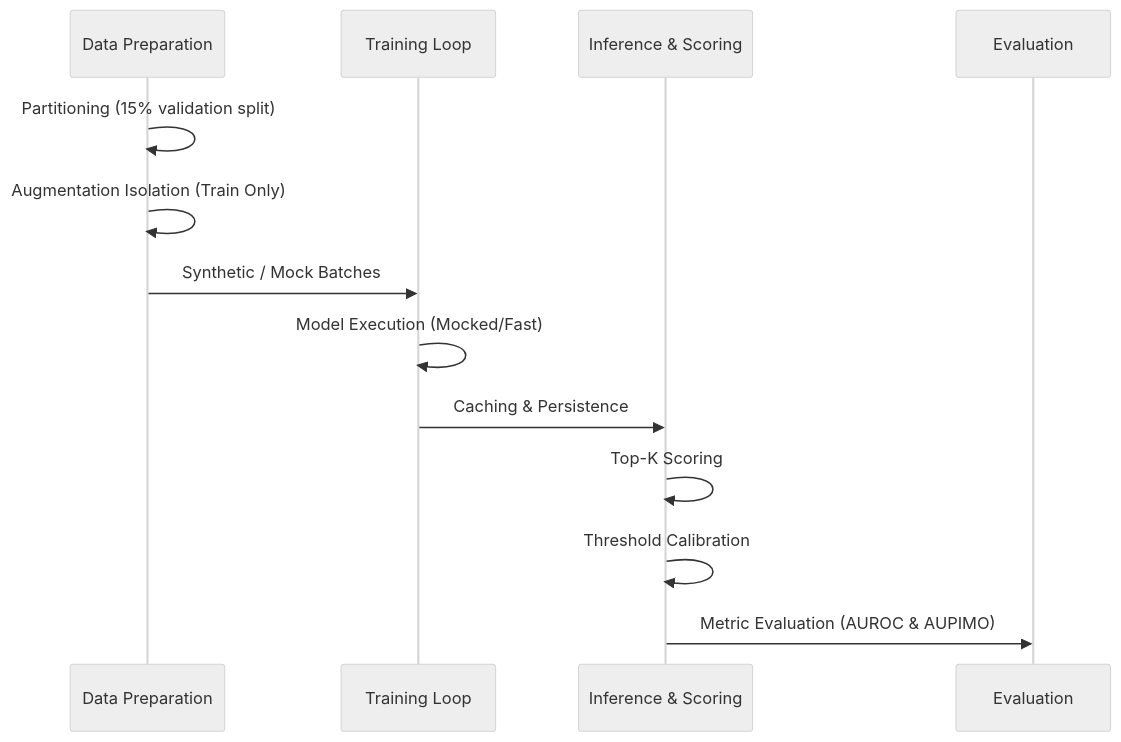
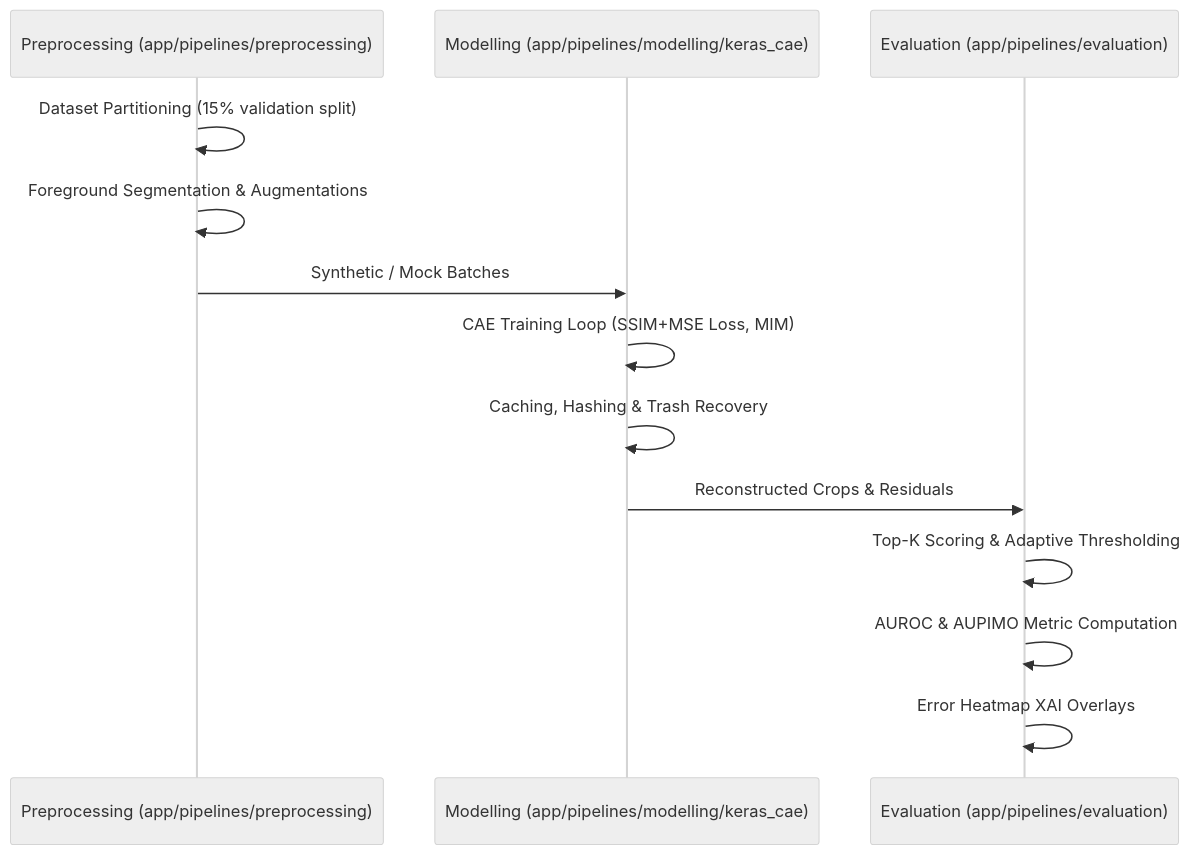
The third of 4 diagrams in tests/README.md (foersben/industrial-component-anomaly-detection), drawn with Mermaid (neutral theme) before and after one commit. The commit also changed other lines of this file and 5 other files, not shown here.

Commit message:
refactor: refine package exports, remove install.sh, and update test documentation diagrams

````diff
--- a/tests/README.md
+++ b/tests/README.md
@@ -74,16 +75,16 @@
 ```mermaid
 sequenceDiagram
-    participant Data as Data Preparation
-    participant Train as Training Loop
-    participant Infer as Inference & Scoring
-    participant Eval as Evaluation
+    participant Pre as Preprocessing (app/pipelines/preprocessing)
+    participant Model as Modelling (app/pipelines/modelling/keras_cae)
+    participant Eval as Evaluation (app/pipelines/evaluation)
 
-    Data->>Data: Partitioning (15% validation split)
-    Data->>Data: Augmentation Isolation (Train Only)
-    Data->>Train: Synthetic / Mock Batches
-    Train->>Train: Model Execution (Mocked/Fast)
-    Train->>Infer: Caching & Persistence
-    Infer->>Infer: Top-K Scoring
-    Infer->>Infer: Threshold Calibration
-    Infer->>Eval: Metric Evaluation (AUROC & AUPIMO)
+    Pre->>Pre: Dataset Partitioning (15% validation split)
+    Pre->>Pre: Foreground Segmentation & Augmentations
+    Pre->>Model: Synthetic / Mock Batches
+    Model->>Model: CAE Training Loop (SSIM+MSE Loss, MIM)
+    Model->>Model: Caching, Hashing & Trash Recovery
+    Model->>Eval: Reconstructed Crops & Residuals
+    Eval->>Eval: Top-K Scoring & Adaptive Thresholding
+    Eval->>Eval: AUROC & AUPIMO Metric Computation
+    Eval->>Eval: Error Heatmap XAI Overlays
 ```
````
